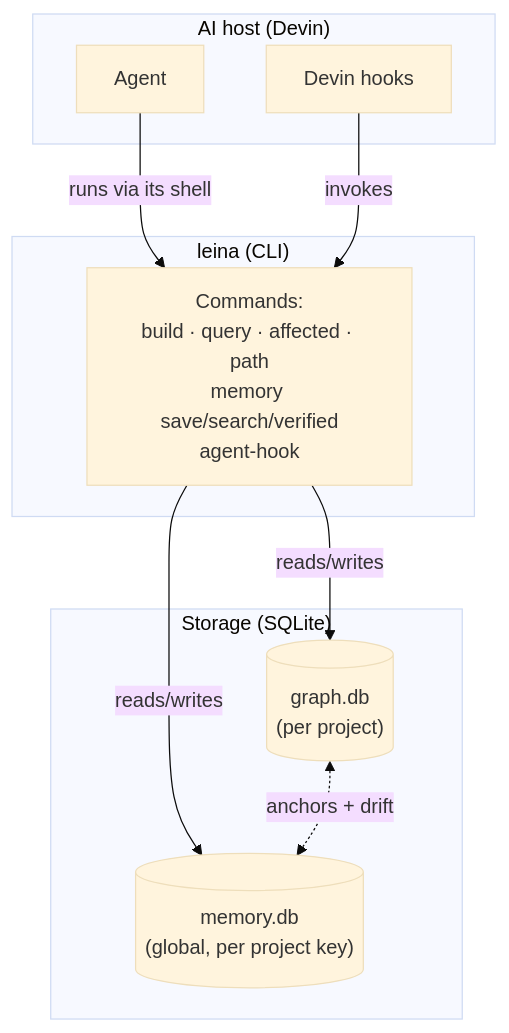
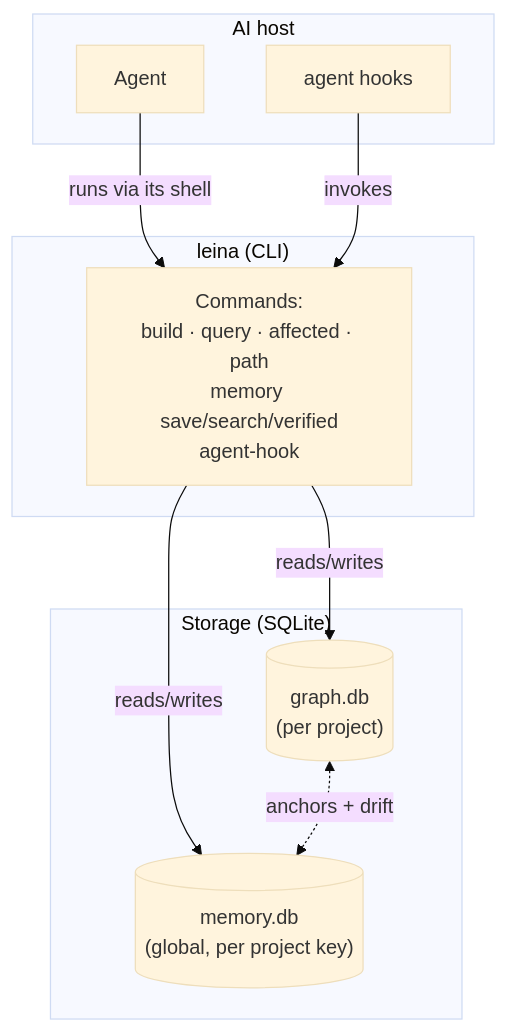
The diagram in docs/concepts/README.md (Kolimar/leina), drawn with Mermaid (base theme) before and after one commit. The commit also changed other lines of this file and 13 other files, not shown here.

````diff
--- a/docs/concepts/README.md
+++ b/docs/concepts/README.md
@@ -66,22 +66,22 @@
 ```mermaid
 flowchart TB
-    subgraph host["AI host (Devin)"]
+    subgraph host["AI host"]
         agent["Agent"]
-        hooks["Devin hooks"]
+        hooks["agent hooks"]
     end
 
     subgraph cli["leina (CLI)"]
         cmds["Commands:<br/>build · query · affected · path<br/>memory save/search/verified<br/>agent-hook"]
     end
 
     subgraph stores["Storage (SQLite)"]
         graphdb[("graph.db<br/>(per project)")]
         memdb[("memory.db<br/>(global, per project key)")]
     end
 
     agent -->|runs via its shell| cmds
     hooks -->|invokes| cmds
     cmds -->|reads/writes| graphdb
     cmds -->|reads/writes| memdb
     graphdb <-.->|anchors + drift| memdb
 ```
````
